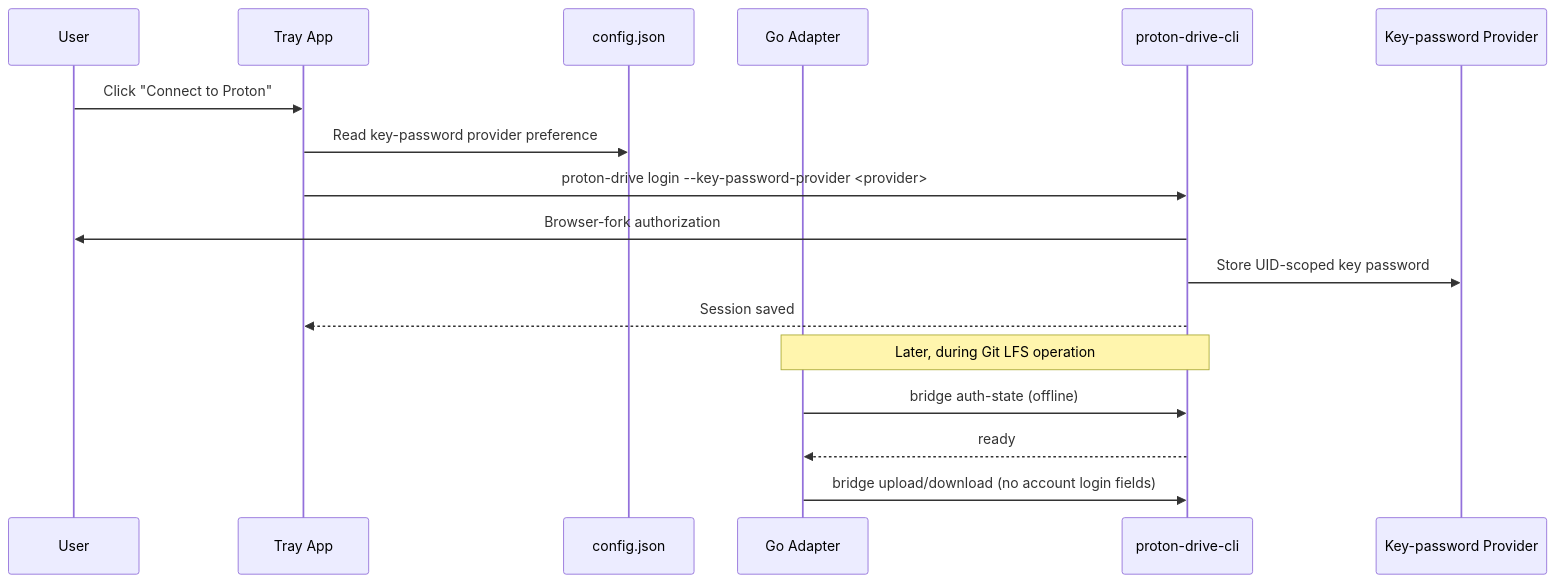
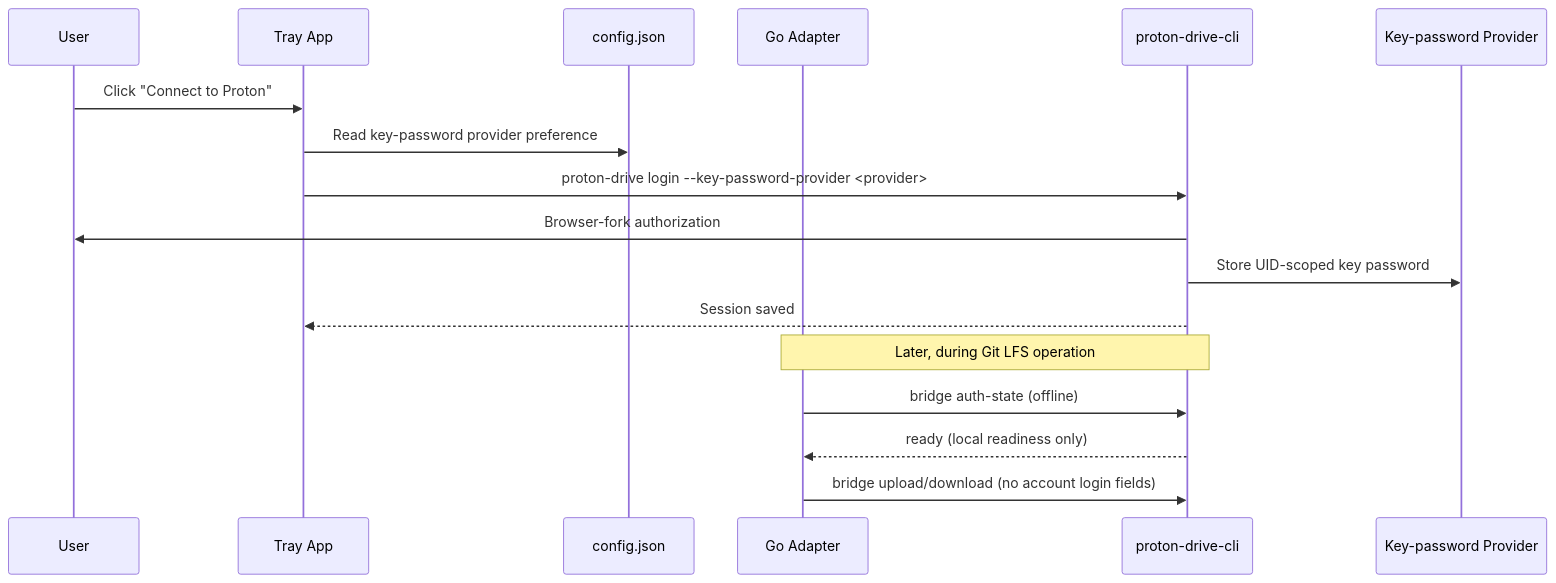
One commit to SevenOfNine-labs/proton-lfs-cli changed the sixth of 14 diagrams in docs/architecture/architecture.md. Above: the diagram before and after it, drawn with Mermaid. The commit also changed other lines of this file and 20 other files, not shown here.

````diff
--- a/docs/architecture/architecture.md
+++ b/docs/architecture/architecture.md
@@ -282,22 +282,22 @@
 ```mermaid
 sequenceDiagram
     participant User
     participant Tray as Tray App
     participant Config as config.json
     participant Adapter as Go Adapter
     participant DriveCLI as proton-drive-cli
     participant Provider as Key-password Provider
 
     User->>Tray: Click "Connect to Proton"
     Tray->>Config: Read key-password provider preference
     Tray->>DriveCLI: proton-drive login --key-password-provider <provider>
     DriveCLI->>User: Browser-fork authorization
     DriveCLI->>Provider: Store UID-scoped key password
     DriveCLI-->>Tray: Session saved
 
     Note over Adapter,DriveCLI: Later, during Git LFS operation
     Adapter->>DriveCLI: bridge auth-state (offline)
-    DriveCLI-->>Adapter: ready
+    DriveCLI-->>Adapter: ready (local readiness only)
     Adapter->>DriveCLI: bridge upload/download (no account login fields)
 
 ```
````
